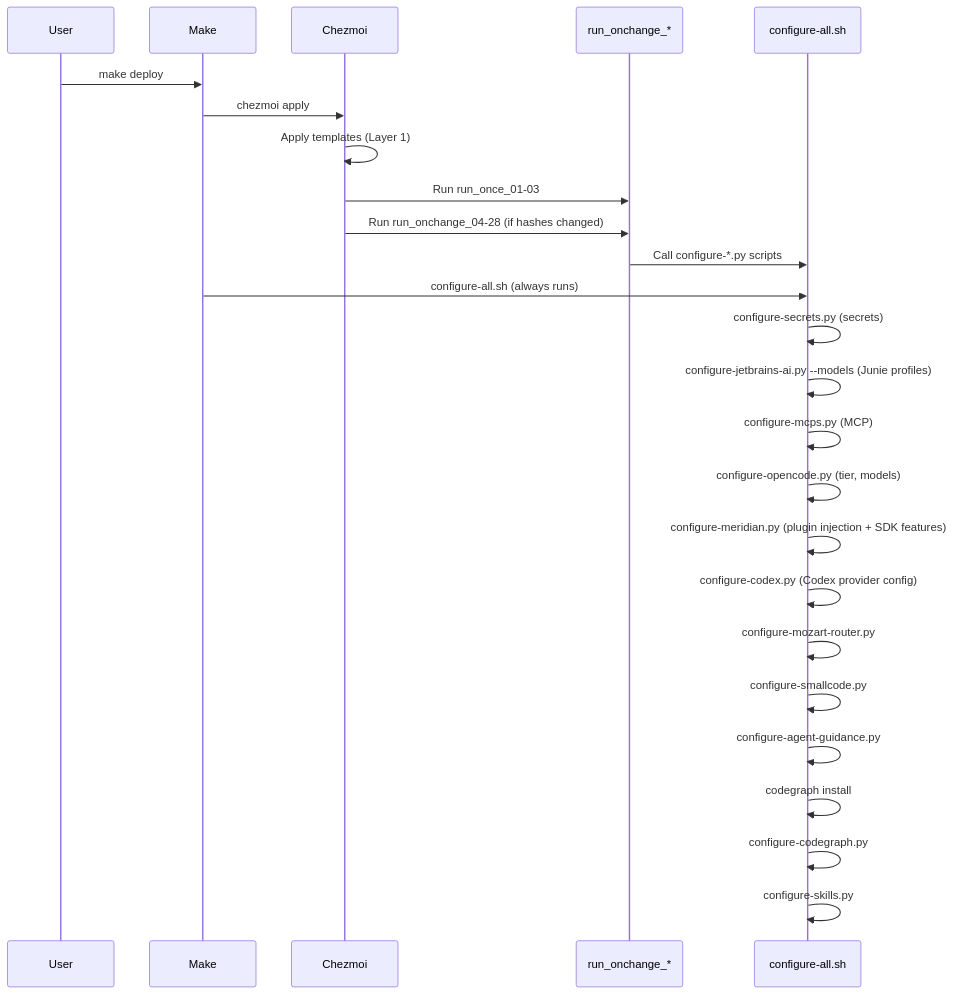
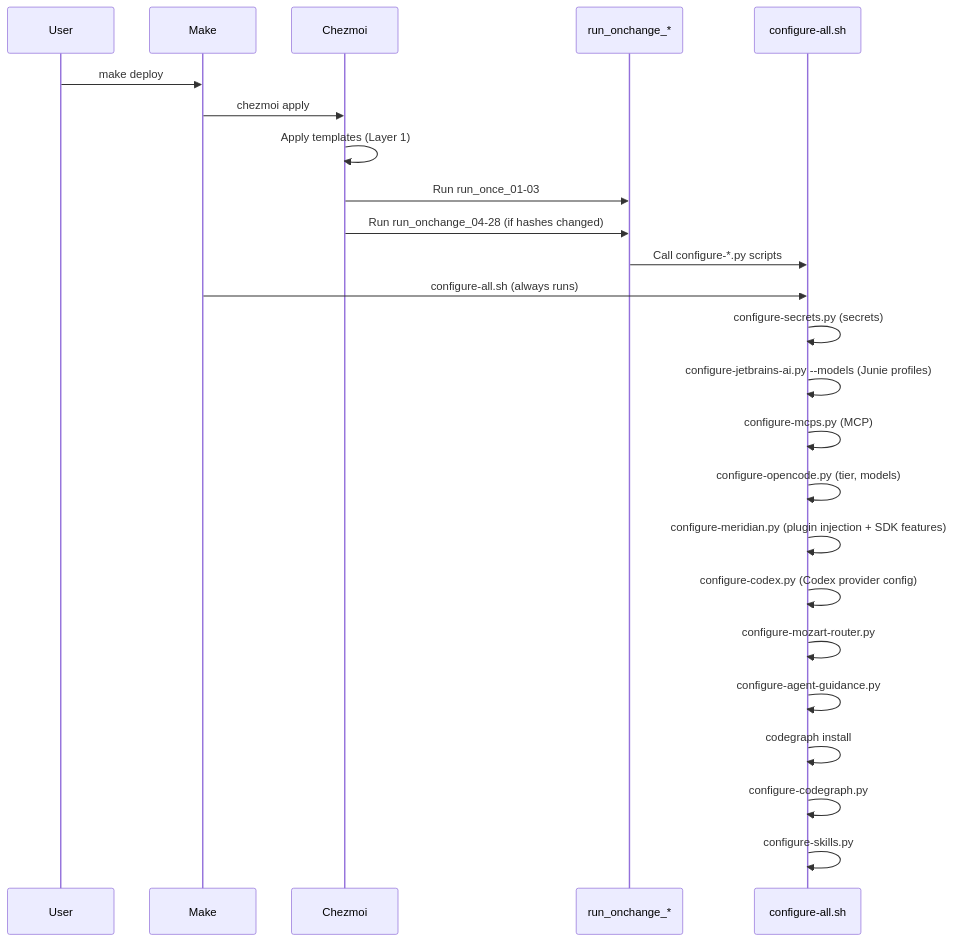
One commit to randytarampi/dotfiles changed the second of 3 diagrams in docs/ORCHESTRATION.md. Above: the diagram before and after it, drawn with Mermaid. The commit also changed other lines of this file and 25 other files, not shown here.

````diff
--- a/docs/ORCHESTRATION.md
+++ b/docs/ORCHESTRATION.md
@@ -82,28 +79,27 @@
 ```mermaid
 sequenceDiagram
     participant User
     participant Make
     participant Chezmoi
     participant Scripts as run_onchange_*
     participant Configure as configure-all.sh
 
     User->>Make: make deploy
     Make->>Chezmoi: chezmoi apply
     Chezmoi->>Chezmoi: Apply templates (Layer 1)
     Chezmoi->>Scripts: Run run_once_01-03
     Chezmoi->>Scripts: Run run_onchange_04-28 (if hashes changed)
     Scripts->>Configure: Call configure-*.py scripts
     Make->>Configure: configure-all.sh (always runs)
     Configure->>Configure: configure-secrets.py (secrets)
     Configure->>Configure: configure-jetbrains-ai.py --models (Junie profiles)
     Configure->>Configure: configure-mcps.py (MCP)
     Configure->>Configure: configure-opencode.py (tier, models)
     Configure->>Configure: configure-meridian.py (plugin injection + SDK features)
     Configure->>Configure: configure-codex.py (Codex provider config)
     Configure->>Configure: configure-mozart-router.py
-    Configure->>Configure: configure-smallcode.py
     Configure->>Configure: configure-agent-guidance.py
     Configure->>Configure: codegraph install
     Configure->>Configure: configure-codegraph.py
     Configure->>Configure: configure-skills.py
 ```
````
